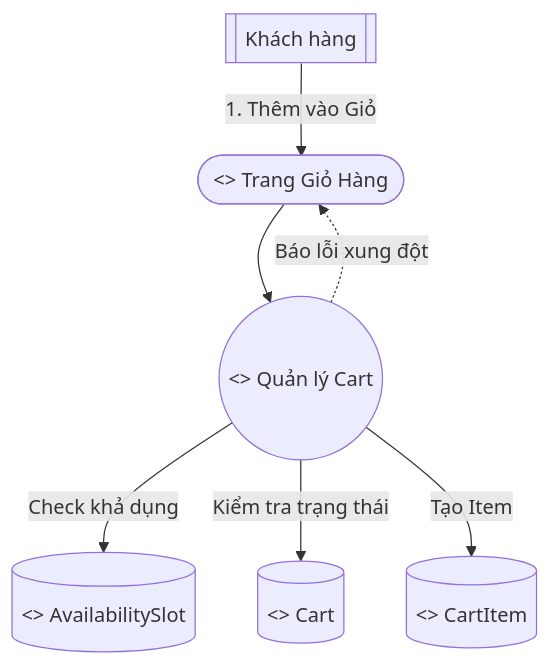
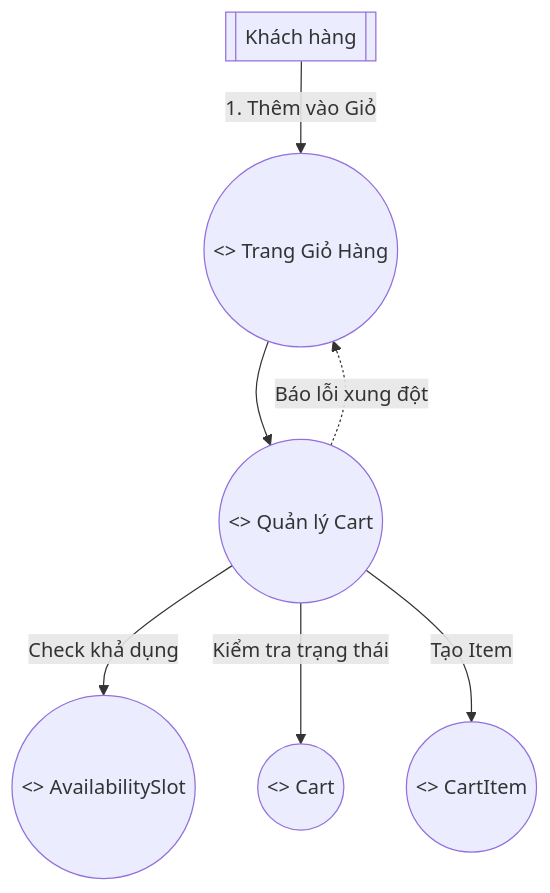
Before and after one commit to qhun22/qq: the fourth of 10 diagrams in README.md, drawn with Mermaid. The commit also changed other lines of this file, not shown here.

````diff
--- a/README.md
+++ b/README.md
@@ -184,18 +148,18 @@
 ```mermaid
 flowchart TD
   A_CUS[[Khách hàng]]
   
-  B_CART([<<boundary>> Trang Giỏ Hàng])
+  B_CART((<<boundary>> Trang Giỏ Hàng))
   C_MAN_CART((<<control>> Quản lý Cart))
   
-  E_CART[(<<entity>> Cart)]
-  E_CART_ITEM[(<<entity>> CartItem)]
-  E_SLOT[(<<entity>> AvailabilitySlot)]
+  E_CART((<<entity>> Cart))
+  E_CART_ITEM((<<entity>> CartItem))
+  E_SLOT((<<entity>> AvailabilitySlot))
 
   A_CUS -->|1. Thêm vào Giỏ| B_CART
   B_CART --> C_MAN_CART
   C_MAN_CART -->|Check khả dụng| E_SLOT
   C_MAN_CART -->|Kiểm tra trạng thái| E_CART
   C_MAN_CART -->|Tạo Item| E_CART_ITEM
   C_MAN_CART -.->|Báo lỗi xung đột| B_CART
 ```
````
